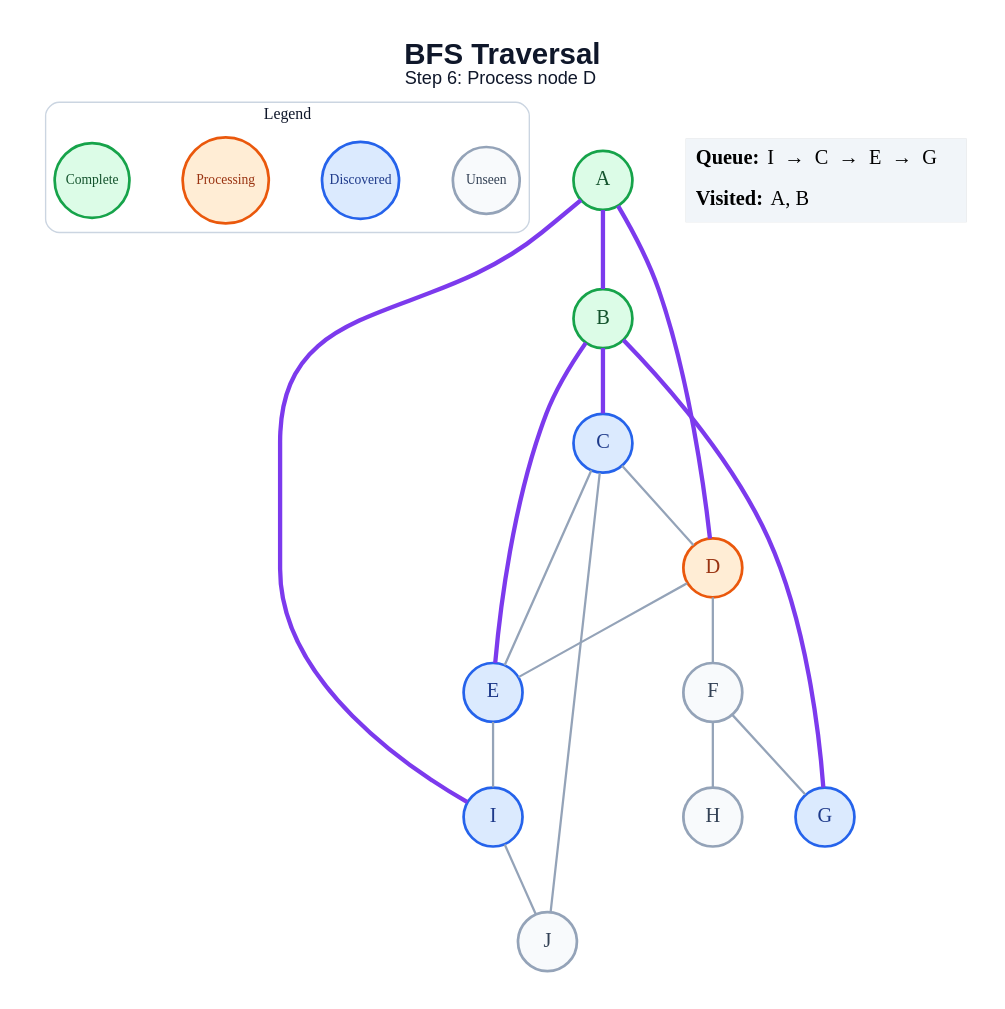
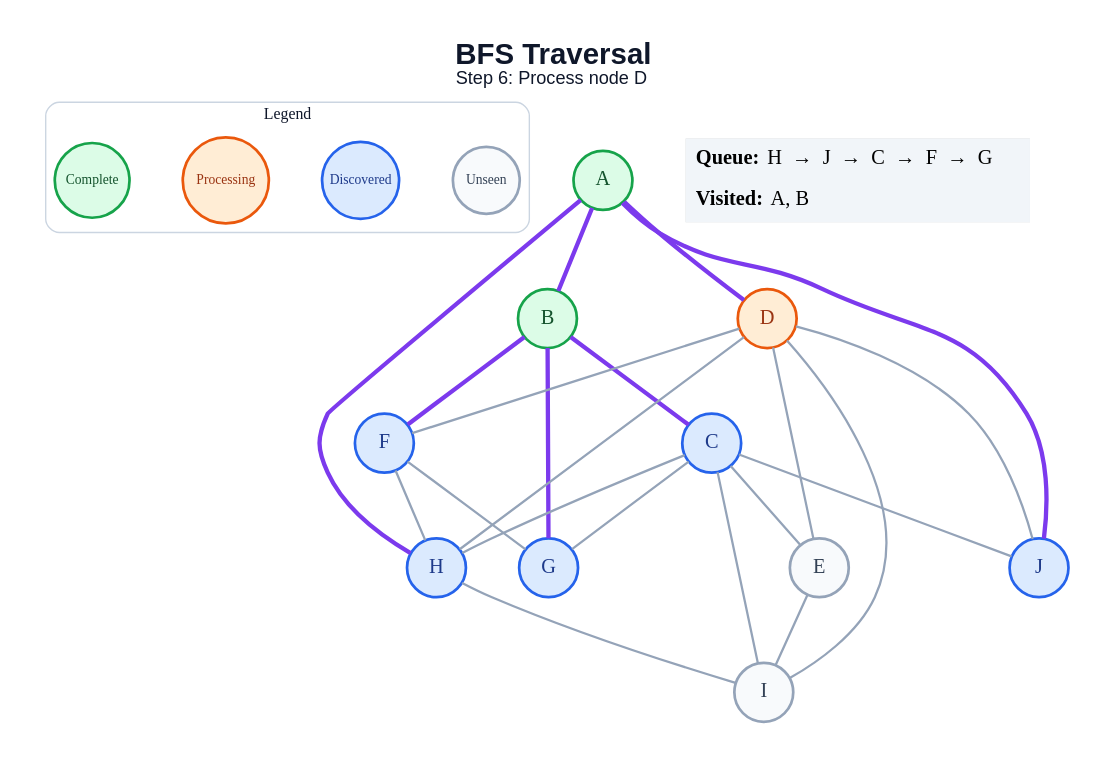
Before and after one commit to anon7238593-create/ai-slop: the diagram in generated/bfs/step_06.dot, drawn with Graphviz. The commit also changed 171 other files, not shown here.

```diff
--- a/generated/bfs/step_06.dot
+++ b/generated/bfs/step_06.dot
@@ -1,44 +1,50 @@
 graph traversal {
   graph [layout=dot, rankdir=TB, bgcolor="#FFFFFF", pad="0.35", nodesep="0.65", ranksep="0.8", fontname="Arial"];
   node [shape=circle, style="filled", fontname="Arial Bold", fontsize=18, width=0.72, fixedsize=true, penwidth=2.4];
   edge [color="#94A3B8", penwidth=2.0];
   label=<<B>BFS Traversal</B><BR/><FONT POINT-SIZE="16">Step 6: Process node D</FONT>>; labelloc="t"; fontsize=26; fontname="Arial"; fontcolor="#0F172A";
   subgraph cluster_legend { label="Legend"; color="#CBD5E1"; penwidth=1.2; style="rounded"; fontsize=14; fontname="Arial Bold";
     key_unseen [label="Unseen", fillcolor="#F8FAFC", color="#94A3B8", fontcolor="#334155", fontsize=12, width=0.82];
     key_frontier [label="Discovered", fillcolor="#DBEAFE", color="#2563EB", fontcolor="#1E3A8A", fontsize=12, width=0.95];
     key_current [label="Processing", fillcolor="#FFEDD5", color="#EA580C", fontcolor="#9A3412", fontsize=12, width=1.05];
     key_done [label="Complete", fillcolor="#DCFCE7", color="#16A34A", fontcolor="#14532D", fontsize=12, width=0.92];
     { rank=same; key_unseen; key_frontier; key_current; key_done; }
   }
   A [fillcolor="#DCFCE7", color="#16A34A", fontcolor="#14532D"];
   B [fillcolor="#DCFCE7", color="#16A34A", fontcolor="#14532D"];
   C [fillcolor="#DBEAFE", color="#2563EB", fontcolor="#1E3A8A"];
   D [fillcolor="#FFEDD5", color="#EA580C", fontcolor="#9A3412"];
-  E [fillcolor="#DBEAFE", color="#2563EB", fontcolor="#1E3A8A"];
-  F [fillcolor="#F8FAFC", color="#94A3B8", fontcolor="#334155"];
+  E [fillcolor="#F8FAFC", color="#94A3B8", fontcolor="#334155"];
+  F [fillcolor="#DBEAFE", color="#2563EB", fontcolor="#1E3A8A"];
   G [fillcolor="#DBEAFE", color="#2563EB", fontcolor="#1E3A8A"];
-  H [fillcolor="#F8FAFC", color="#94A3B8", fontcolor="#334155"];
-  I [fillcolor="#DBEAFE", color="#2563EB", fontcolor="#1E3A8A"];
-  J [fillcolor="#F8FAFC", color="#94A3B8", fontcolor="#334155"];
+  H [fillcolor="#DBEAFE", color="#2563EB", fontcolor="#1E3A8A"];
+  I [fillcolor="#F8FAFC", color="#94A3B8", fontcolor="#334155"];
+  J [fillcolor="#DBEAFE", color="#2563EB", fontcolor="#1E3A8A"];
   A -- B [color="#7C3AED", penwidth=3.8];
   A -- D [color="#7C3AED", penwidth=3.8];
-  A -- I [color="#7C3AED", penwidth=3.8];
+  A -- H [color="#7C3AED", penwidth=3.8];
+  A -- J [color="#7C3AED", penwidth=3.8];
   B -- C [color="#7C3AED", penwidth=3.8];
-  B -- E [color="#7C3AED", penwidth=3.8];
+  B -- F [color="#7C3AED", penwidth=3.8];
   B -- G [color="#7C3AED", penwidth=3.8];
-  C -- D;
   C -- E;
+  C -- G;
+  C -- H;
+  C -- I;
   C -- J;
   D -- E;
   D -- F;
+  D -- H;
+  D -- I;
+  D -- J;
   E -- I;
   F -- G;
   F -- H;
-  I -- J;
+  H -- I;
   status [shape=plain, fixedsize=false, width=0, height=0, margin=0, label=<
     <TABLE BORDER="0" CELLBORDER="0" CELLPADDING="7" BGCOLOR="#F1F5F9">
-      <TR><TD ALIGN="LEFT"><B>Queue:</B> I  →  C  →  E  →  G</TD></TR>
+      <TR><TD ALIGN="LEFT"><B>Queue:</B> H  →  J  →  C  →  F  →  G</TD></TR>
       <TR><TD ALIGN="LEFT"><B>Visited:</B> A, B</TD></TR>
     </TABLE>
   >];
 }
```
